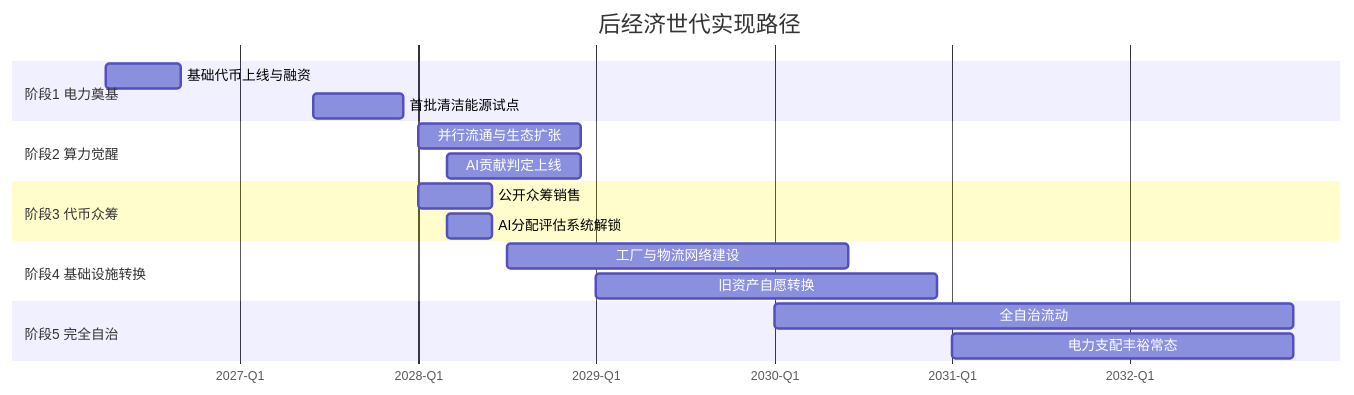
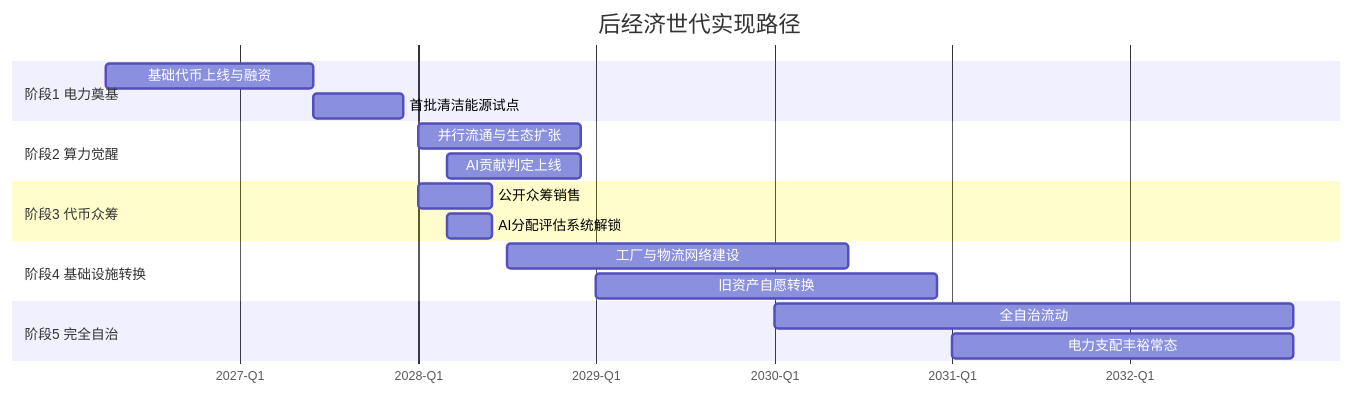
Before and after one commit to ryckli/keycoin-eco: the first of 6 diagrams in docs/whitepaper.md, drawn with Mermaid. The commit also changed other lines of this file, not shown here.

````diff
--- a/docs/whitepaper.md
+++ b/docs/whitepaper.md
@@ -417,26 +417,26 @@
 ```mermaid
 gantt
     title 后经济世代实现路径
     dateFormat  YYYY-MM
     axisFormat  %Y-Q%q
   
     section 阶段1 电力奠基
-    基础代币上线与融资       :2026-04, 2026-09
+    基础代币上线与融资       :2026-04, 2027-06
     首批清洁能源试点         :2027-06, 2027-12
   
     section 阶段2 算力觉醒
     并行流通与生态扩张       :2028-01, 2028-12
     AI贡献判定上线           :2028-03, 2028-12
   
     section 阶段3 代币众筹
     公开众筹销售             :2028-01, 2028-06
     AI分配评估系统解锁       :2028-03, 2028-06
   
     section 阶段4 基础设施转换
     工厂与物流网络建设       :2028-07, 2030-06
     旧资产自愿转换           :2029-01, 2030-12
   
     section 阶段5 完全自治
     全自治流动               :2030-01, 2032-12
     电力支配丰裕常态         :2031-01, 2032-12
 ```
````
